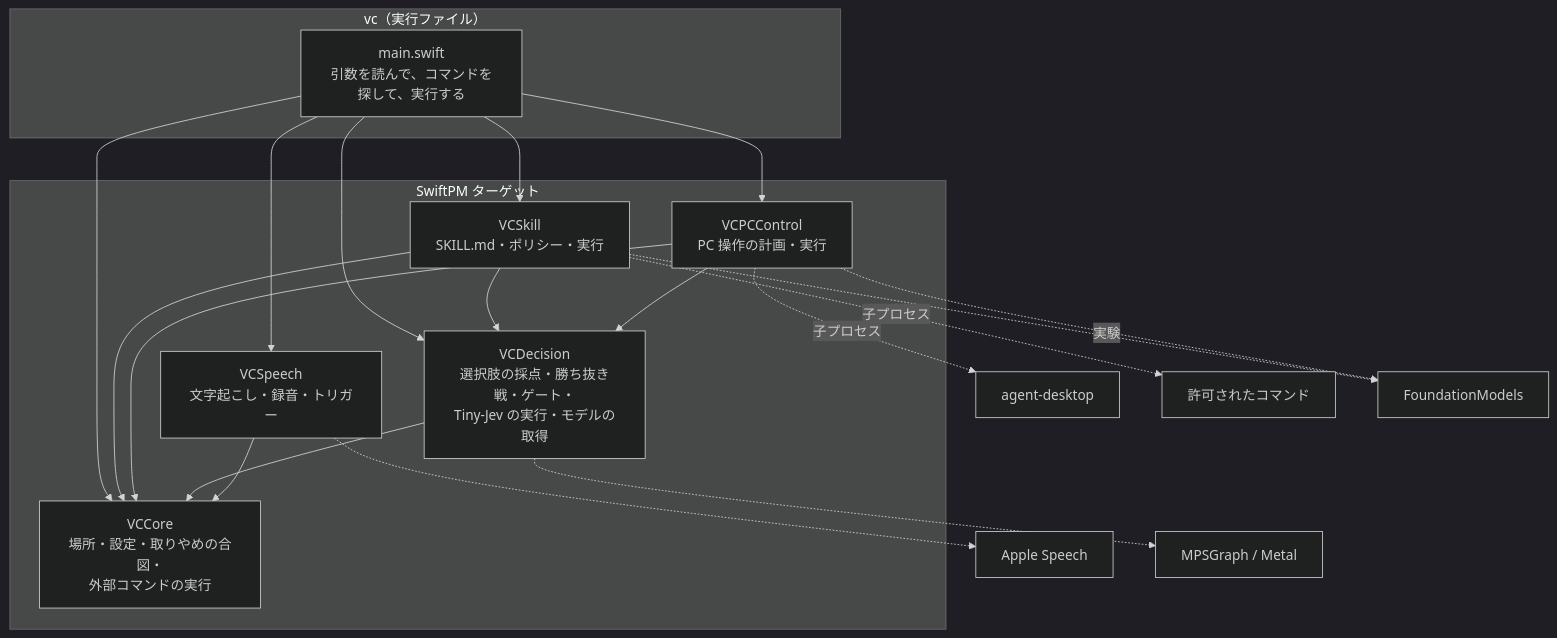
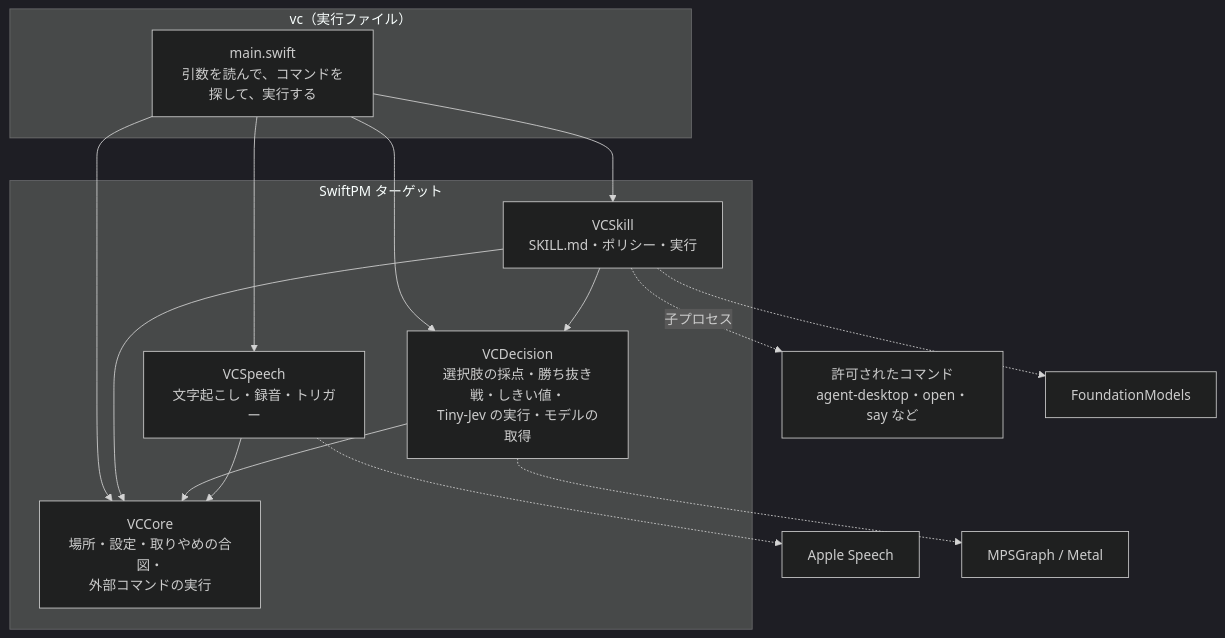
One commit to takemo101/voice-control changed the first of 2 diagrams in docs/architecture.md. Above: the diagram before and after it, drawn with Mermaid (dark theme). The commit also changed other lines of this file and 12 other files, not shown here.

````diff
--- a/docs/architecture.md
+++ b/docs/architecture.md
@@ -7,26 +7,21 @@
 ```mermaid
 flowchart TB
     subgraph CLI[vc（実行ファイル）]
         main[main.swift<br/>引数を読んで、コマンドを探して、実行する]
     end
     subgraph Targets[SwiftPM ターゲット]
         Skill[VCSkill<br/>SKILL.md・ポリシー・実行]
-        Action[VCPCControl<br/>PC 操作の計画・実行]
         Speech[VCSpeech<br/>文字起こし・録音・トリガー]
-        Decision[VCDecision<br/>選択肢の採点・勝ち抜き戦・ゲート・<br/>Tiny-Jev の実行・モデルの取得]
+        Decision[VCDecision<br/>選択肢の採点・勝ち抜き戦・しきい値・<br/>Tiny-Jev の実行・モデルの取得]
         Core[VCCore<br/>場所・設定・取りやめの合図・<br/>外部コマンドの実行]
     end
-    main --> Skill & Action & Speech & Decision & Core
+    main --> Skill & Speech & Decision & Core
     Skill --> Decision
     Skill --> Core
-    Action --> Decision
-    Action --> Core
     Decision --> Core
     Speech --> Core
-    Action -.子プロセス.-> AD[agent-desktop]
-    Skill -.子プロセス.-> CMD[許可されたコマンド]
+    Skill -.子プロセス.-> CMD[許可されたコマンド<br/>agent-desktop・open・say など]
     Skill -.-> FM[FoundationModels]
-    Action -.実験.-> FM
     Speech -.-> AS[Apple Speech]
     Decision -.-> GPU[MPSGraph / Metal]
 ```
````
